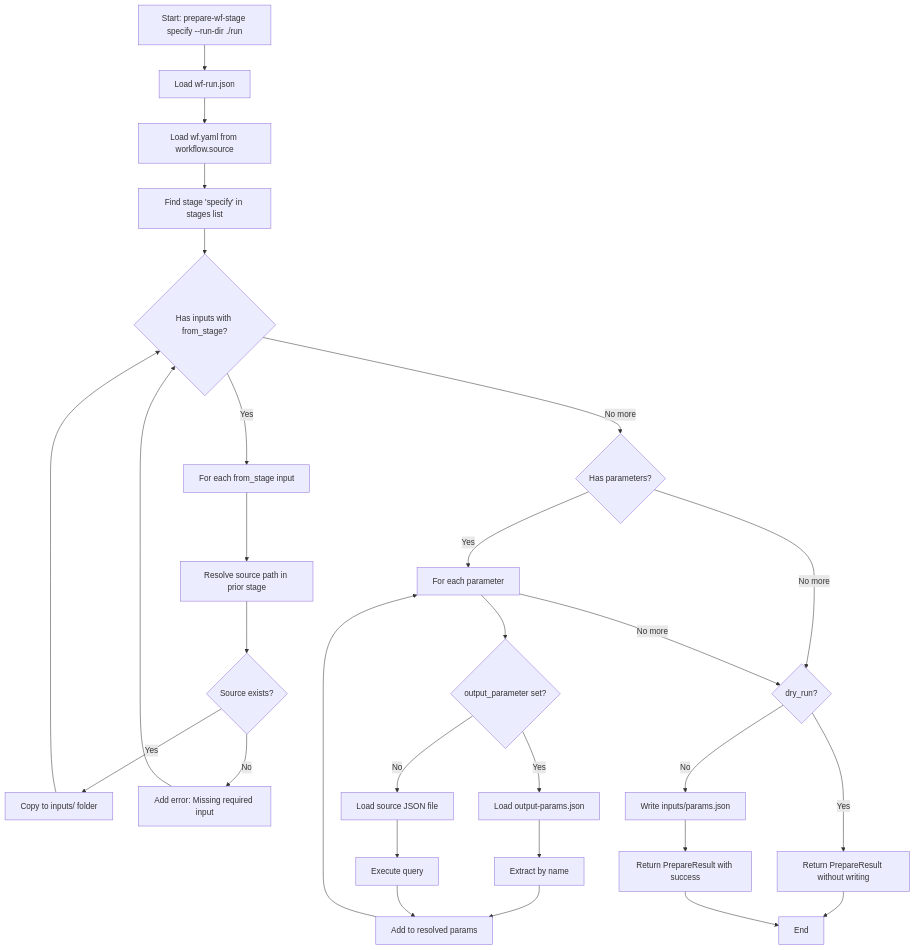
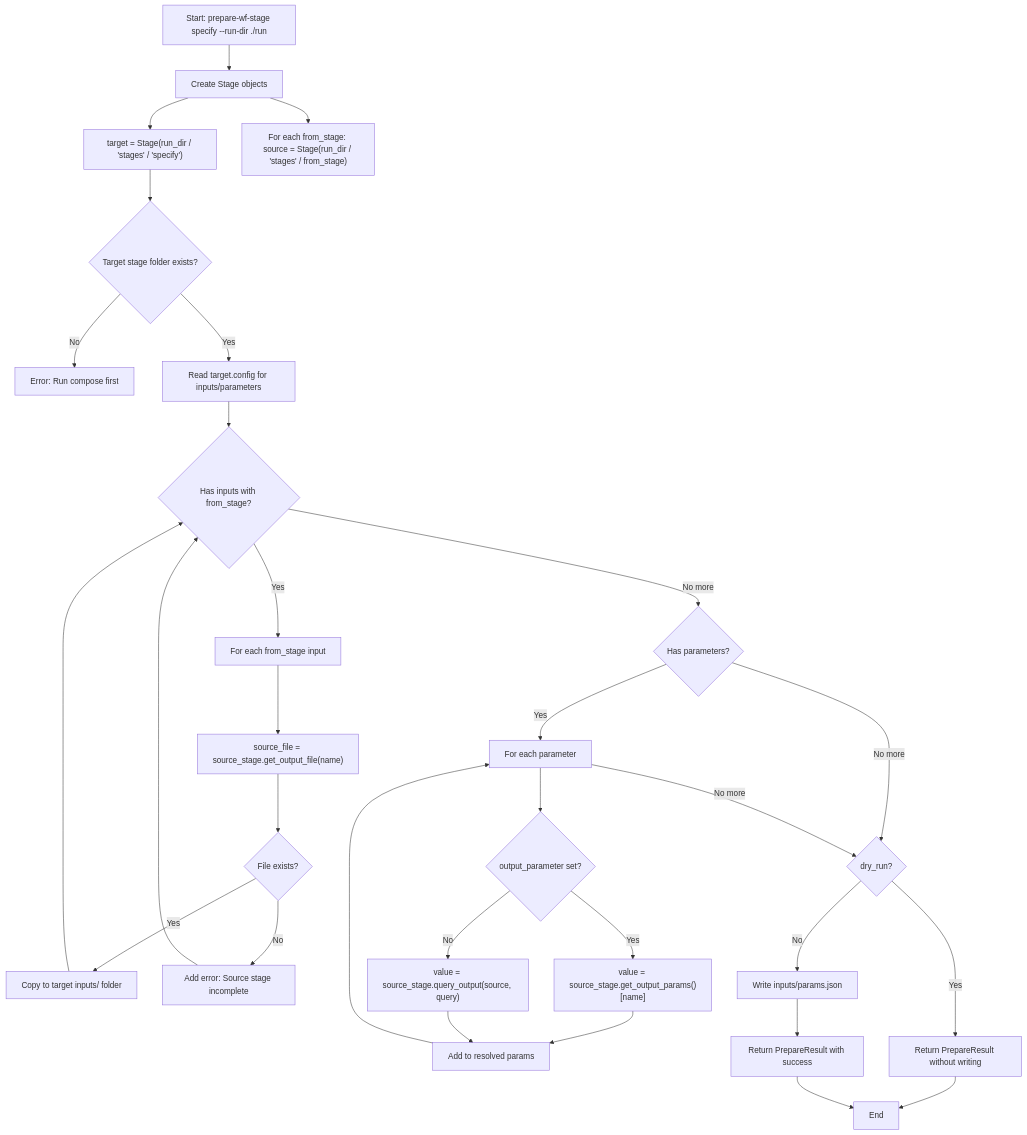
The second of 3 diagrams in docs/plans/010-first-wf-build/tasks/phase-3-implement-prepare-wf-stage-command/tasks.md (jakkaj/tools), drawn with Mermaid before and after one commit. The commit also changed other lines of this file and 9 other files, not shown here.

````diff
--- a/docs/plans/010-first-wf-build/tasks/phase-3-implement-prepare-wf-stage-command/tasks.md
+++ b/docs/plans/010-first-wf-build/tasks/phase-3-implement-prepare-wf-stage-command/tasks.md
@@ -289,34 +657,36 @@
 ```mermaid
 flowchart TD
-    A[Start: prepare-wf-stage specify --run-dir ./run] --> B[Load wf-run.json]
-    B --> C[Load wf.yaml from workflow.source]
-    C --> D[Find stage 'specify' in stages list]
+    A[Start: prepare-wf-stage specify --run-dir ./run] --> B[Create Stage objects]
+    B --> B1["target = Stage(run_dir / 'stages' / 'specify')"]
+    B --> B2["For each from_stage: source = Stage(run_dir / 'stages' / from_stage)"]
+
+    B1 --> C{Target stage folder exists?}
+    C -->|No| C1[Error: Run compose first]
+    C -->|Yes| D[Read target.config for inputs/parameters]
+
     D --> E{Has inputs with from_stage?}
-
     E -->|Yes| F[For each from_stage input]
-    F --> G[Resolve source path in prior stage]
-    G --> H{Source exists?}
-    H -->|Yes| I[Copy to inputs/ folder]
-    H -->|No| J[Add error: Missing required input]
+    F --> G["source_file = source_stage.get_output_file(name)"]
+    G --> H{File exists?}
+    H -->|Yes| I[Copy to target inputs/ folder]
+    H -->|No| J[Add error: Source stage incomplete]
     I --> E
     J --> E
 
     E -->|No more| K{Has parameters?}
     K -->|Yes| L[For each parameter]
     L --> M{output_parameter set?}
-    M -->|Yes| N[Load output-params.json]
-    N --> O[Extract by name]
-    M -->|No| P[Load source JSON file]
-    P --> Q[Execute query]
-    O --> R[Add to resolved params]
-    Q --> R
-    R --> L
+    M -->|Yes| N["value = source_stage.get_output_params()[name]"]
+    M -->|No| O["value = source_stage.query_output(source, query)"]
+    N --> P[Add to resolved params]
+    O --> P
+    P --> L
 
-    K -->|No more| S{dry_run?}
-    L -->|No more| S
-    S -->|Yes| T[Return PrepareResult without writing]
-    S -->|No| U[Write inputs/params.json]
-    U --> V[Return PrepareResult with success]
-    T --> W[End]
-    V --> W
+    K -->|No more| Q{dry_run?}
+    L -->|No more| Q
+    Q -->|Yes| R[Return PrepareResult without writing]
+    Q -->|No| S[Write inputs/params.json]
+    S --> T[Return PrepareResult with success]
+    R --> U[End]
+    T --> U
 ```
````
